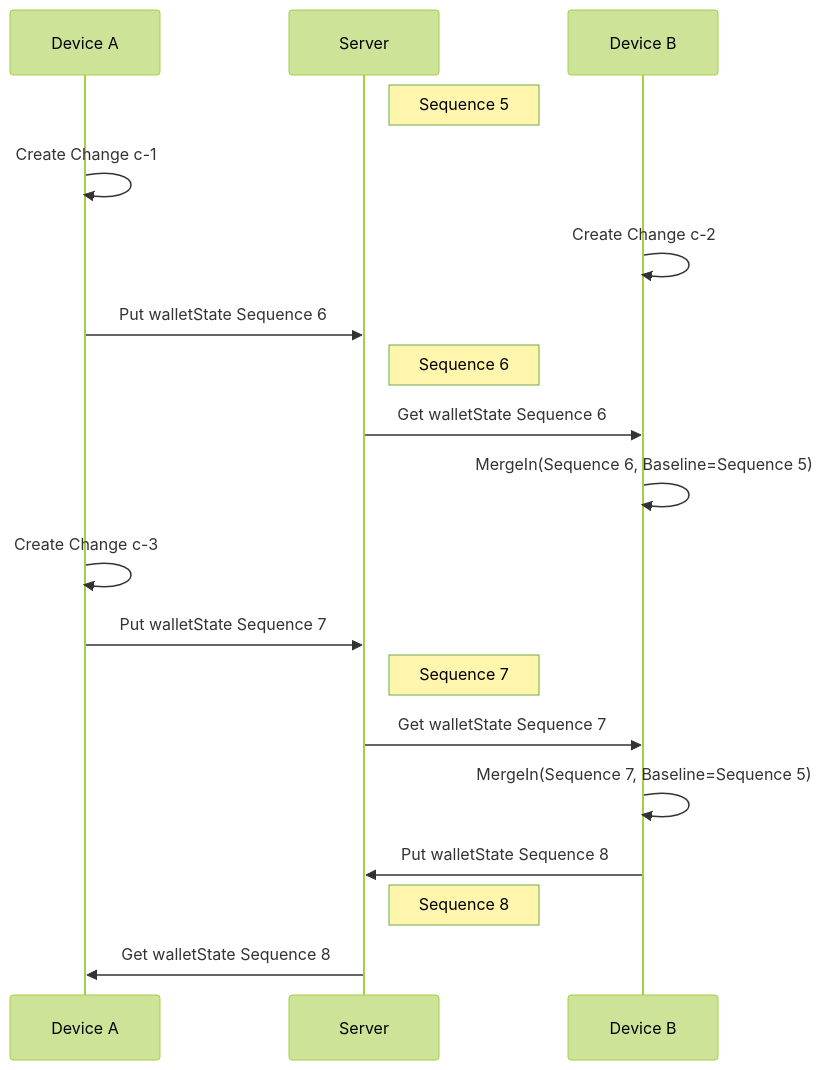
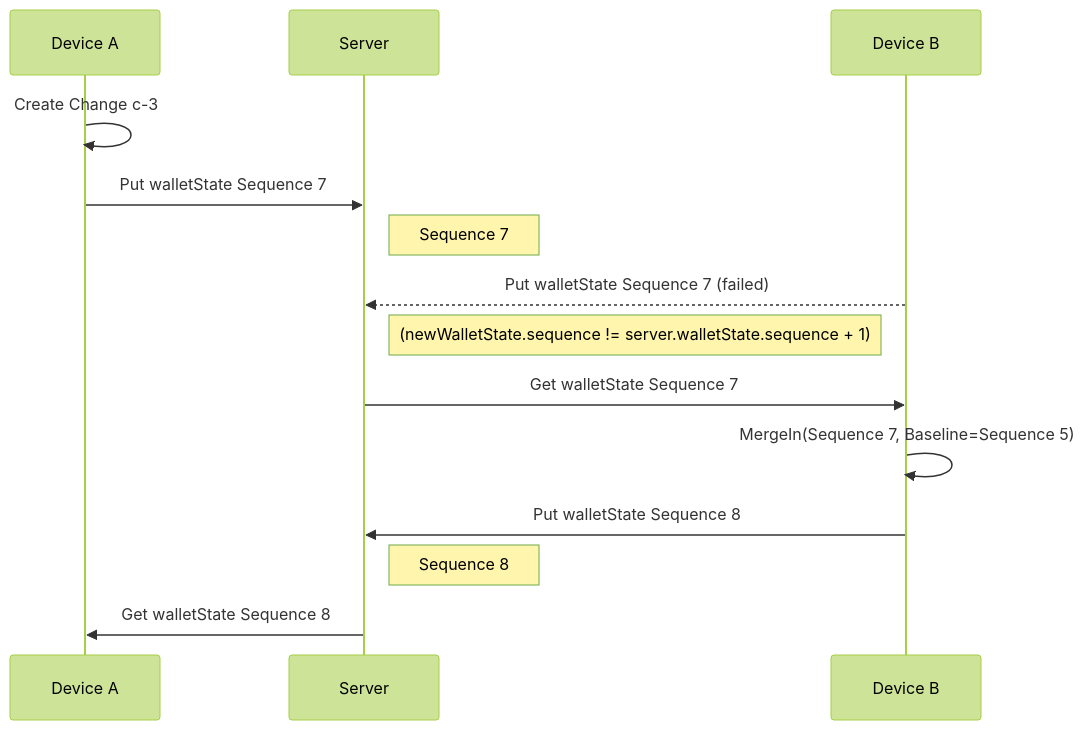
One commit to orblivion/lbry-wallet-sync-draft changed the eighth of 17 diagrams in spec/sync.md. Above: the diagram before and after it, drawn with Mermaid (forest theme). The commit also changed other lines of this file, not shown here.

Commit message:
sync.md: Merging - Multimple Incoming - Fill out section.

````diff
--- a/spec/sync.md
+++ b/spec/sync.md
@@ -158,28 +181,17 @@
 ```mermaid
   sequenceDiagram
-    participant Device A
-    participant Server
-    participant Device B
-
-    Note right of Server: Sequence 5
-
-    Device A->>Device A: Create Change c-1
-    Device B->>Device B: Create Change c-2
-    Device A->>Server: Put walletState Sequence 6
-    Note right of Server: Sequence 6
-
-    Server->>Device B: Get walletState Sequence 6
-    Device B->>Device B: MergeIn(Sequence 6, Baseline=Sequence 5)
-
     Device A->>Device A: Create Change c-3
 
     Device A->>Server: Put walletState Sequence 7
     Note right of Server: Sequence 7
+
+    Device B-->>Server: Put walletState Sequence 7 (failed)
+    Note right of Server: (newWalletState.sequence != server.walletState.sequence + 1)
 
     Server->>Device B: Get walletState Sequence 7
     Device B->>Device B: MergeIn(Sequence 7, Baseline=Sequence 5)
 
     Device B->>Server: Put walletState Sequence 8
     Note right of Server: Sequence 8
     Server->>Device A: Get walletState Sequence 8
 ```
````
